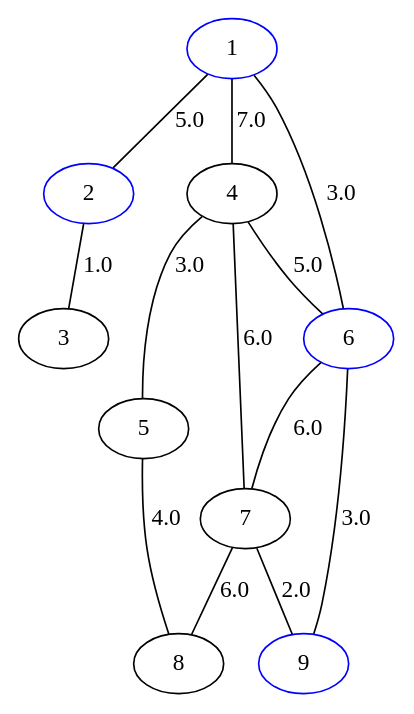
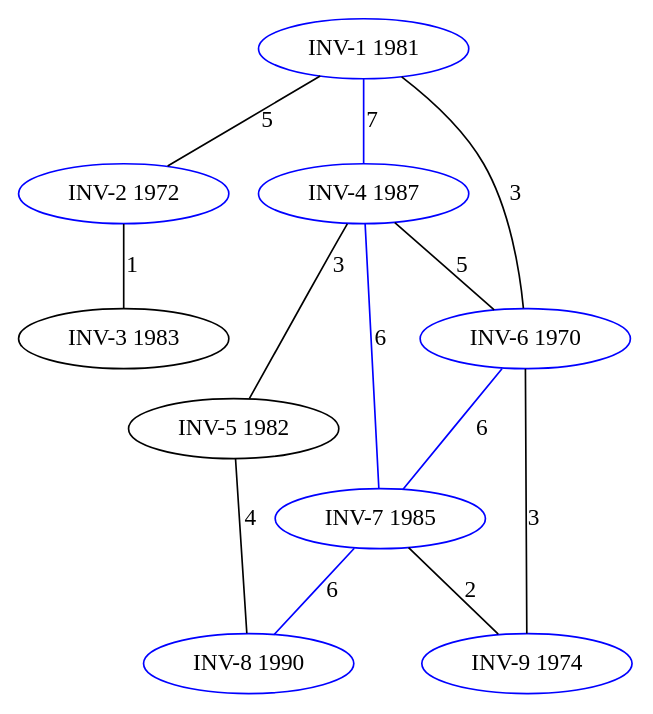
One commit to mibullfire/ADDA-Practicas changed the diagram in Práctica 2/PI2_2025_2026_Base_ADDA/PI2_2025_2026_Base_ADDA/ficheros_generados/PI2E3_ApartadoA.gv. Above: the diagram before and after it, drawn with Graphviz. The commit also changed 3 other files, not shown here.

```diff
--- a/Práctica 2/PI2_2025_2026_Base_ADDA/PI2_2025_2026_Base_ADDA/ficheros_generados/PI2E3_ApartadoA.gv
+++ b/Práctica 2/PI2_2025_2026_Base_ADDA/PI2_2025_2026_Base_ADDA/ficheros_generados/PI2E3_ApartadoA.gv
@@ -1,23 +1,23 @@
 strict graph G {
-  1 [ color="blue" label="1" ];
-  2 [ color="blue" label="2" ];
-  3 [ label="3" ];
-  4 [ label="4" ];
-  5 [ label="5" ];
-  6 [ color="blue" label="6" ];
-  7 [ label="7" ];
-  8 [ label="8" ];
-  9 [ color="blue" label="9" ];
-  1 -- 6 [ color="black" label="3.0" ];
-  1 -- 2 [ color="black" label="5.0" ];
-  1 -- 4 [ color="black" label="7.0" ];
-  4 -- 7 [ color="black" label="6.0" ];
-  4 -- 5 [ color="black" label="3.0" ];
-  4 -- 6 [ color="black" label="5.0" ];
-  5 -- 8 [ color="black" label="4.0" ];
-  6 -- 9 [ color="black" label="3.0" ];
-  6 -- 7 [ color="black" label="6.0" ];
-  7 -- 8 [ color="black" label="6.0" ];
-  7 -- 9 [ color="black" label="2.0" ];
-  2 -- 3 [ color="black" label="1.0" ];
+  1 [ color="blue" label="INV-1 1981" ];
+  2 [ color="blue" label="INV-2 1972" ];
+  3 [ label="INV-3 1983" ];
+  4 [ color="blue" label="INV-4 1987" ];
+  5 [ label="INV-5 1982" ];
+  6 [ color="blue" label="INV-6 1970" ];
+  7 [ color="blue" label="INV-7 1985" ];
+  8 [ color="blue" label="INV-8 1990" ];
+  9 [ color="blue" label="INV-9 1974" ];
+  1 -- 6 [ label="3" ];
+  1 -- 2 [ label="5" ];
+  1 -- 4 [ color="blue" label="7" ];
+  4 -- 7 [ color="blue" label="6" ];
+  4 -- 5 [ label="3" ];
+  4 -- 6 [ label="5" ];
+  5 -- 8 [ label="4" ];
+  6 -- 9 [ label="3" ];
+  6 -- 7 [ color="blue" label="6" ];
+  7 -- 8 [ color="blue" label="6" ];
+  7 -- 9 [ label="2" ];
+  2 -- 3 [ label="1" ];
 }
```
